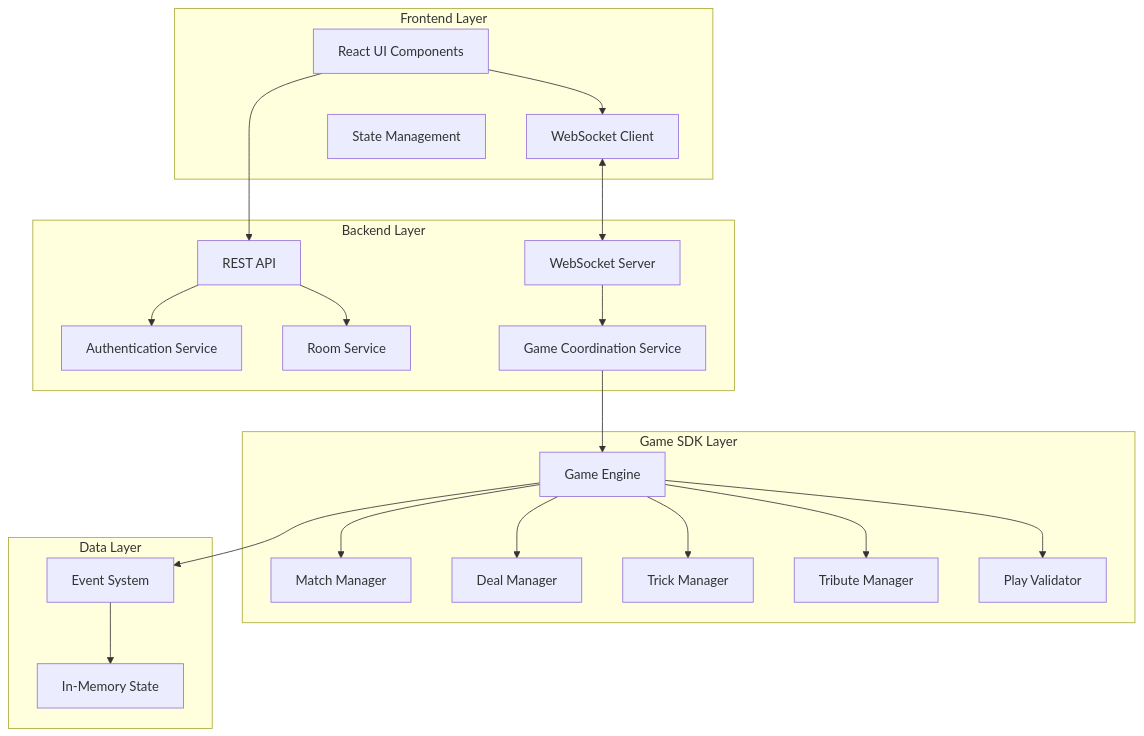
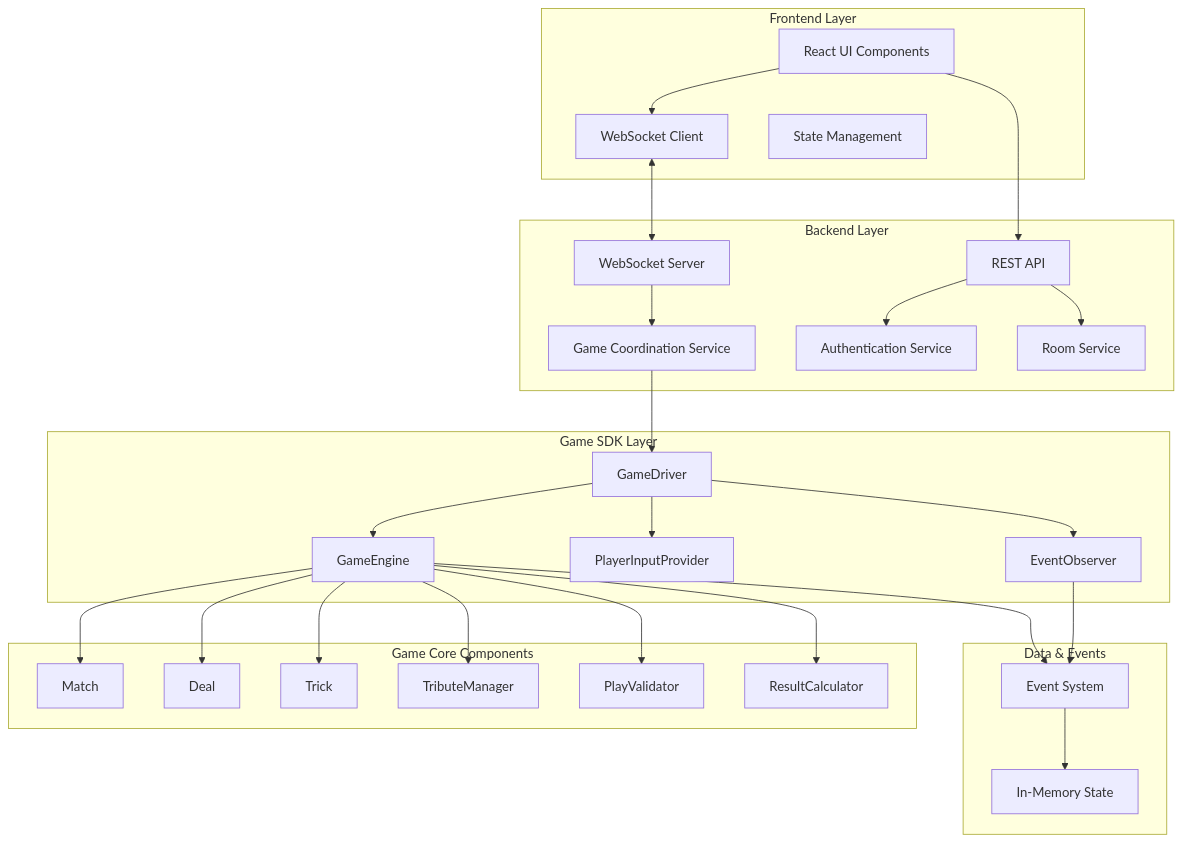
Before and after one commit to LivingInDrm/guandan-world: the diagram in .kiro/specs/guandan-online-game/design.md, drawn with Mermaid. The commit also changed other lines of this file and 73 other files, not shown here.

````diff
--- a/.kiro/specs/guandan-online-game/design.md
+++ b/.kiro/specs/guandan-online-game/design.md
@@ -19,45 +21,57 @@
 ```mermaid
 graph TB
     subgraph "Frontend Layer"
         UI[React UI Components]
         WS_CLIENT[WebSocket Client]
         STATE[State Management]
     end
     
     subgraph "Backend Layer"
         API[REST API]
         WS_SERVER[WebSocket Server]
         AUTH[Authentication Service]
         ROOM[Room Service]
-        GAME[Game Coordination Service]
+        GAME_COORD[Game Coordination Service]
     end
     
     subgraph "Game SDK Layer"
-        ENGINE[Game Engine]
-        MATCH[Match Manager]
-        DEAL[Deal Manager]
-        TRICK[Trick Manager]
-        TRIBUTE[Tribute Manager]
-        VALIDATOR[Play Validator]
+        DRIVER[GameDriver]
+        ENGINE[GameEngine]
+        INPUT[PlayerInputProvider]
+        OBSERVER[EventObserver]
     end
     
-    subgraph "Data Layer"
+    subgraph "Game Core Components"
+        MATCH[Match]
+        DEAL[Deal]
+        TRICK[Trick]
+        TRIBUTE[TributeManager]
+        VALIDATOR[PlayValidator]
+        RESULT[ResultCalculator]
+    end
+    
+    subgraph "Data & Events"
+        EVENTS[Event System]
         MEMORY[In-Memory State]
-        EVENTS[Event System]
     end
     
     UI --> WS_CLIENT
     WS_CLIENT <--> WS_SERVER
     UI --> API
     API --> AUTH
     API --> ROOM
-    WS_SERVER --> GAME
-    GAME --> ENGINE
+    WS_SERVER --> GAME_COORD
+    GAME_COORD --> DRIVER
+    DRIVER --> ENGINE
+    DRIVER --> INPUT
+    DRIVER --> OBSERVER
     ENGINE --> MATCH
     ENGINE --> DEAL
     ENGINE --> TRICK
     ENGINE --> TRIBUTE
     ENGINE --> VALIDATOR
+    ENGINE --> RESULT
     ENGINE --> EVENTS
     EVENTS --> MEMORY
+    OBSERVER --> EVENTS
 ```
````
